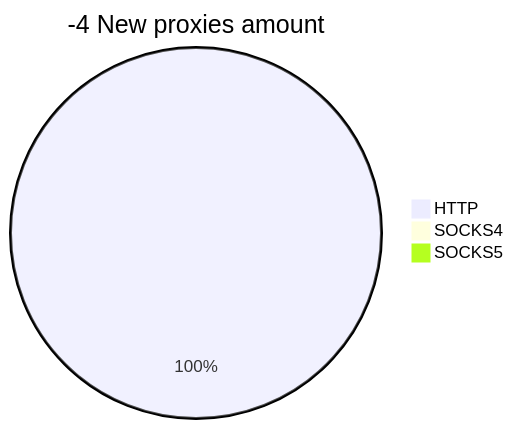
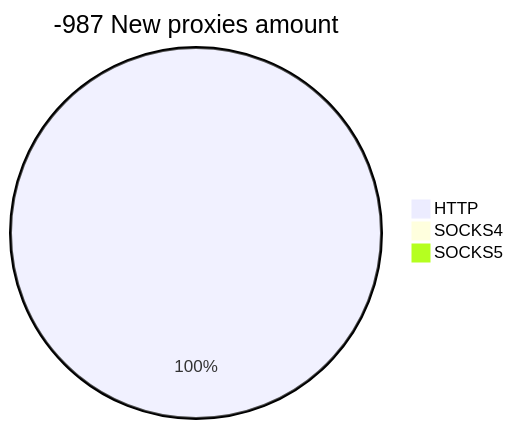
One commit to cutipu/proxylist changed the second of 2 diagrams in README.md. Above: the diagram before and after it, drawn with Mermaid. The commit also changed other lines of this file, not shown here.

````diff
--- a/README.md
+++ b/README.md
@@ -10,6 +10,6 @@
 ```mermaid
-pie title -4 New proxies amount
-    "HTTP" : 1
+pie title -987 New proxies amount
+    "HTTP" : 145
     "SOCKS4" : 0
     "SOCKS5" : 0
 ```
````
